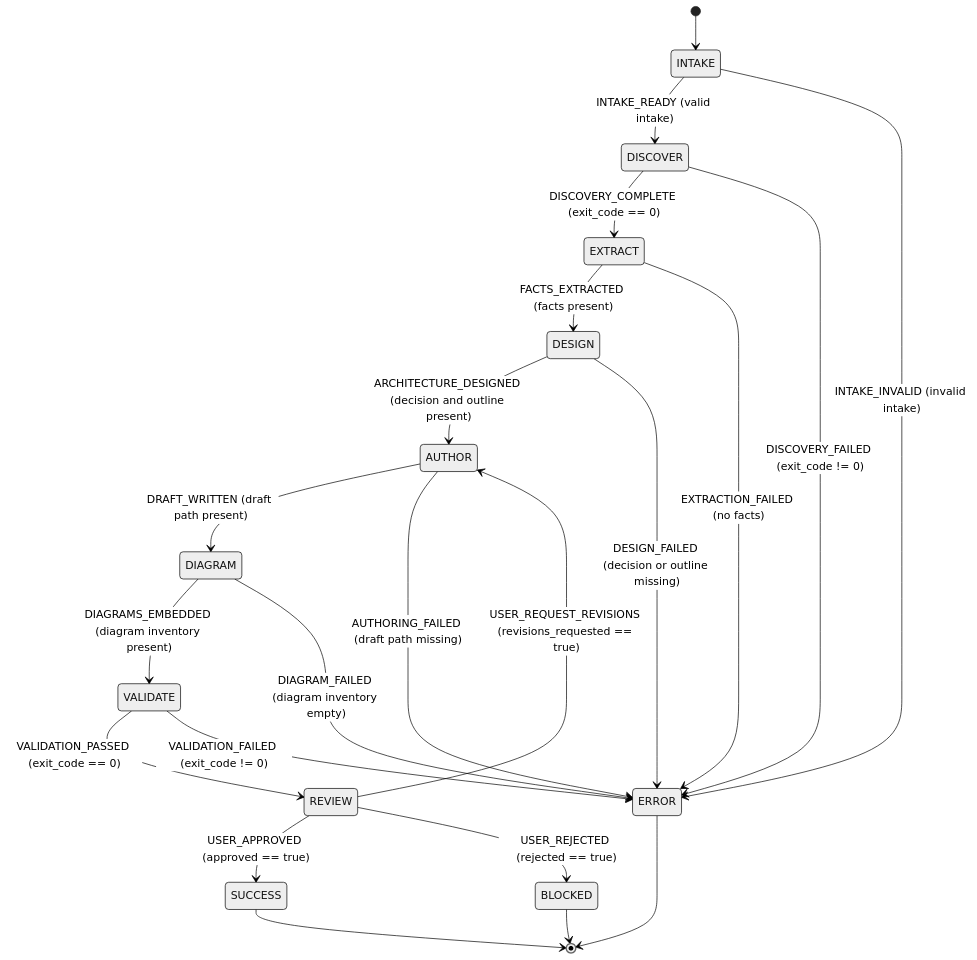
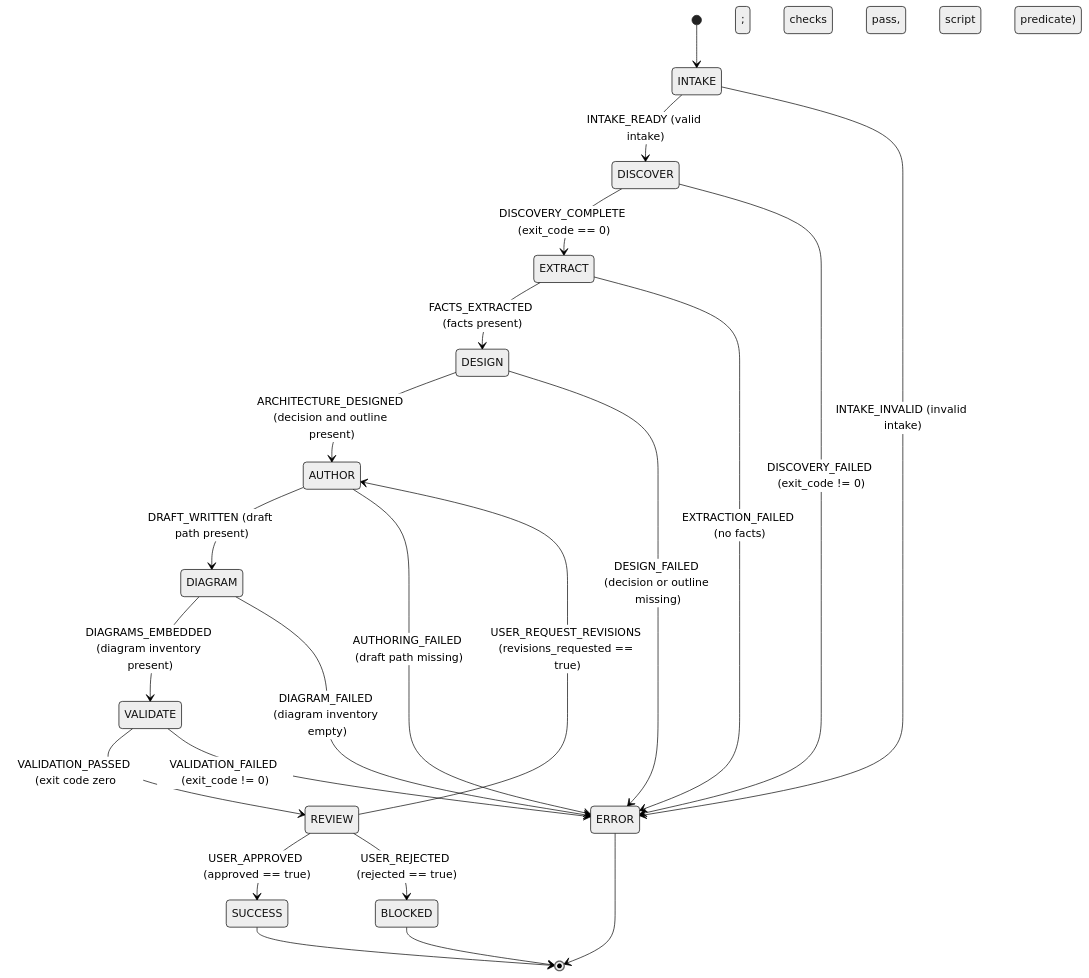
The diagram in docs-architect/STATECHART.md (Reactive-Skills/skills), drawn with Mermaid (neutral theme) before and after one commit. The commit also changed other lines of this file and 3 other files, not shown here.

Commit message:
fix(docs-architect): route the exact validation predicate to the script adapter

````diff
--- a/docs-architect/STATECHART.md
+++ b/docs-architect/STATECHART.md
@@ -3,24 +3,24 @@
 ```mermaid
 stateDiagram-v2
     [*] --> INTAKE
     INTAKE --> DISCOVER: INTAKE_READY (valid intake)
     INTAKE --> ERROR: INTAKE_INVALID (invalid intake)
     DISCOVER --> EXTRACT: DISCOVERY_COMPLETE (exit_code == 0)
     DISCOVER --> ERROR: DISCOVERY_FAILED (exit_code != 0)
     EXTRACT --> DESIGN: FACTS_EXTRACTED (facts present)
     EXTRACT --> ERROR: EXTRACTION_FAILED (no facts)
     DESIGN --> AUTHOR: ARCHITECTURE_DESIGNED (decision and outline present)
     DESIGN --> ERROR: DESIGN_FAILED (decision or outline missing)
     AUTHOR --> DIAGRAM: DRAFT_WRITTEN (draft path present)
     AUTHOR --> ERROR: AUTHORING_FAILED (draft path missing)
     DIAGRAM --> VALIDATE: DIAGRAMS_EMBEDDED (diagram inventory present)
     DIAGRAM --> ERROR: DIAGRAM_FAILED (diagram inventory empty)
-    VALIDATE --> REVIEW: VALIDATION_PASSED (exit_code == 0)
+    VALIDATE --> REVIEW: VALIDATION_PASSED (exit code zero; checks pass, script predicate)
     VALIDATE --> ERROR: VALIDATION_FAILED (exit_code != 0)
     REVIEW --> SUCCESS: USER_APPROVED (approved == true)
     REVIEW --> AUTHOR: USER_REQUEST_REVISIONS (revisions_requested == true)
     REVIEW --> BLOCKED: USER_REJECTED (rejected == true)
     SUCCESS --> [*]
     BLOCKED --> [*]
     ERROR --> [*]
 ```
````
